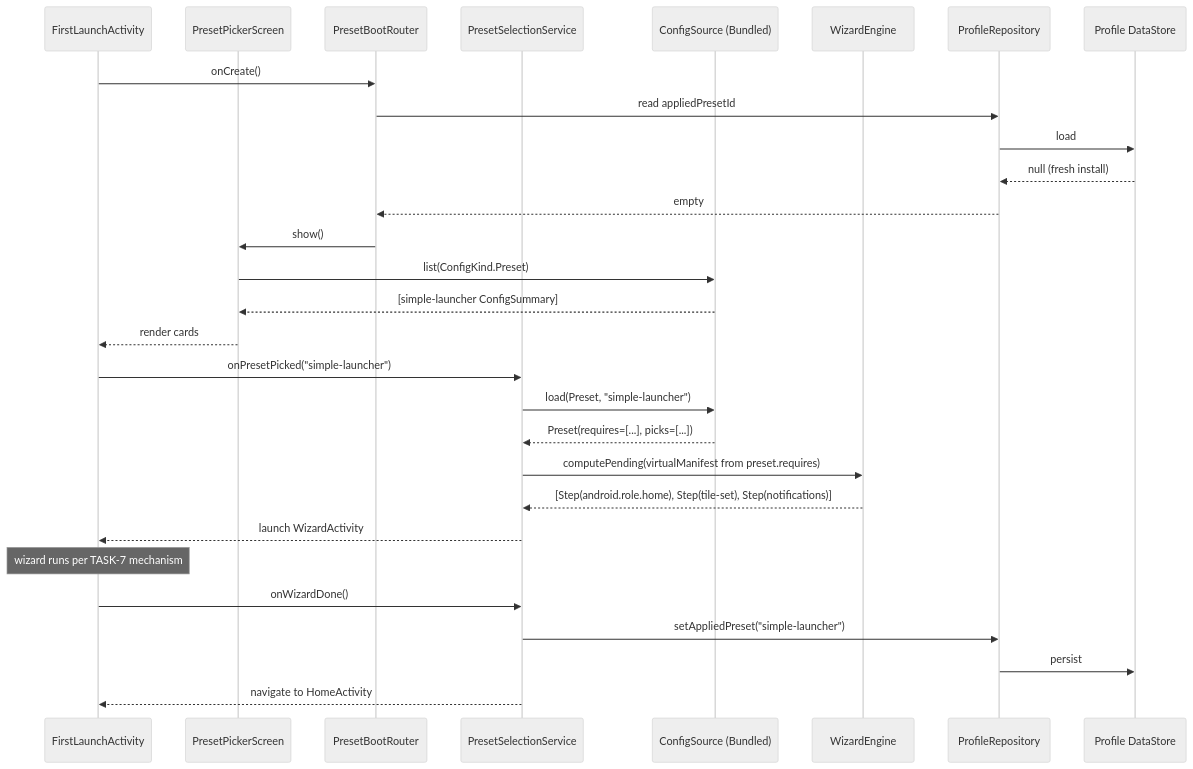
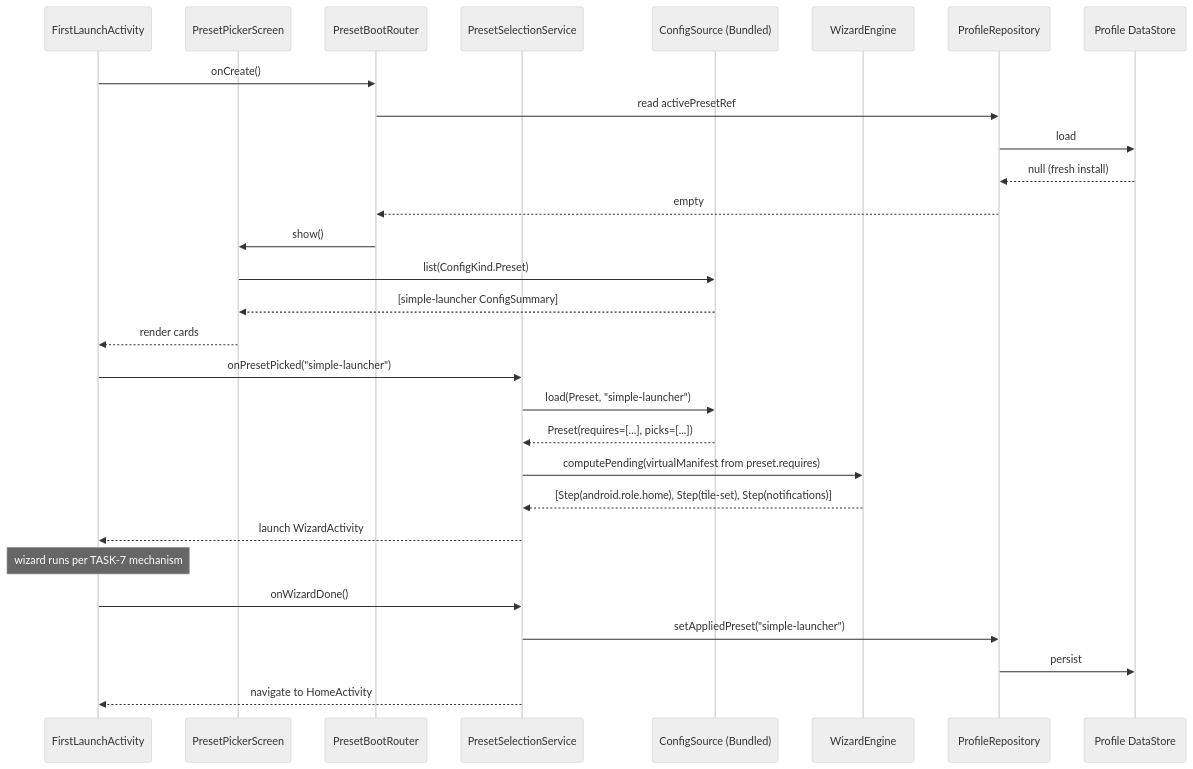
Before and after one commit to jeromwork/launcher: the second of 10 diagrams in specs/task-65-profile-composition-foundation-v2/spec.md, drawn with Mermaid (neutral theme). The commit also changed other lines of this file, not shown here.

````diff
--- a/specs/task-65-profile-composition-foundation-v2/spec.md
+++ b/specs/task-65-profile-composition-foundation-v2/spec.md
@@ -291,32 +300,32 @@
 ```mermaid
 sequenceDiagram
   participant UI as FirstLaunchActivity
   participant Pick as PresetPickerScreen
   participant Boot as PresetBootRouter
   participant Svc as PresetSelectionService
   participant CS as ConfigSource (Bundled)
   participant Eng as WizardEngine
   participant PR as ProfileRepository
   participant DS as Profile DataStore
 
   UI->>Boot: onCreate()
-  Boot->>PR: read appliedPresetId
+  Boot->>PR: read activePresetRef
   PR->>DS: load
   DS-->>PR: null (fresh install)
   PR-->>Boot: empty
   Boot->>Pick: show()
   Pick->>CS: list(ConfigKind.Preset)
   CS-->>Pick: [simple-launcher ConfigSummary]
   Pick-->>UI: render cards
   UI->>Svc: onPresetPicked("simple-launcher")
   Svc->>CS: load(Preset, "simple-launcher")
   CS-->>Svc: Preset(requires=[...], picks=[...])
   Svc->>Eng: computePending(virtualManifest from preset.requires)
   Eng-->>Svc: [Step(android.role.home), Step(tile-set), Step(notifications)]
   Svc-->>UI: launch WizardActivity
   Note over UI: wizard runs per TASK-7 mechanism
   UI->>Svc: onWizardDone()
   Svc->>PR: setAppliedPreset("simple-launcher")
   PR->>DS: persist
   Svc-->>UI: navigate to HomeActivity
 ```
````
